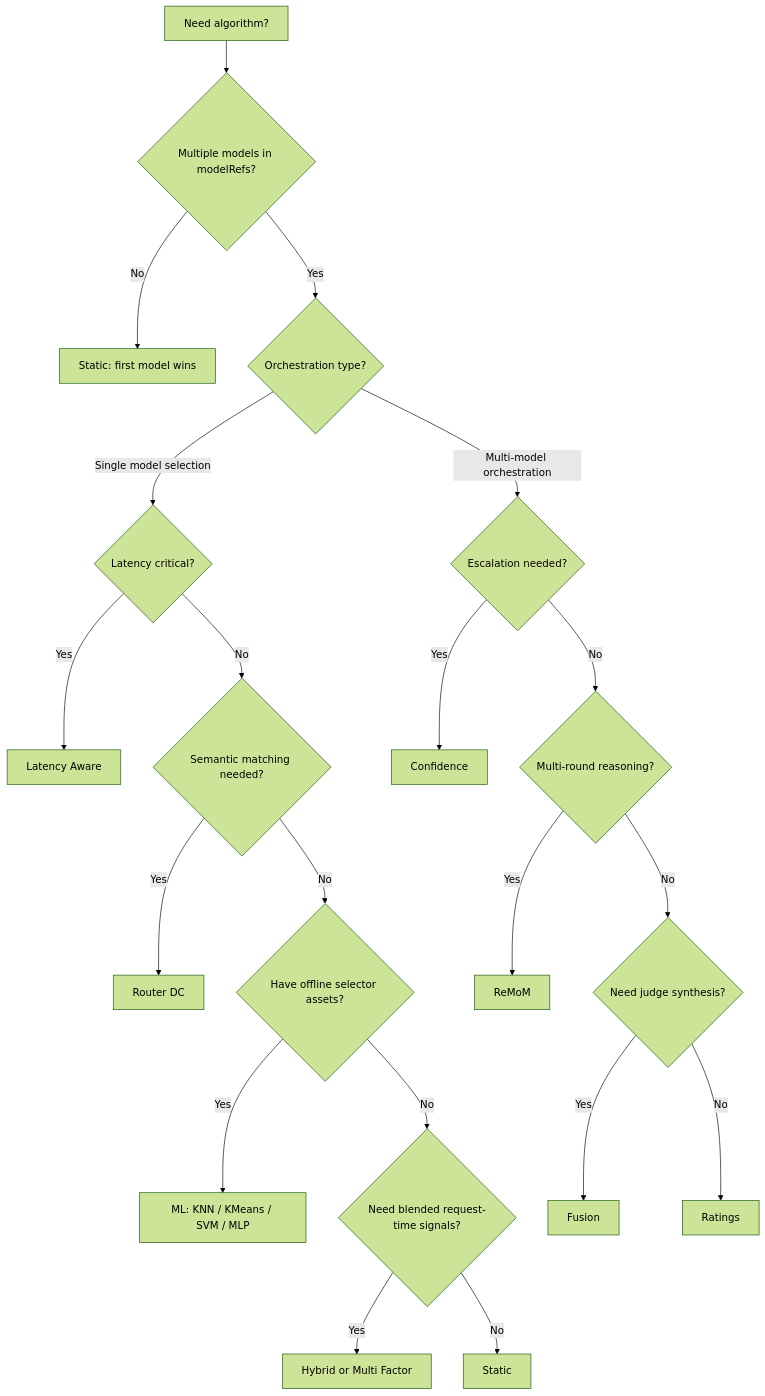
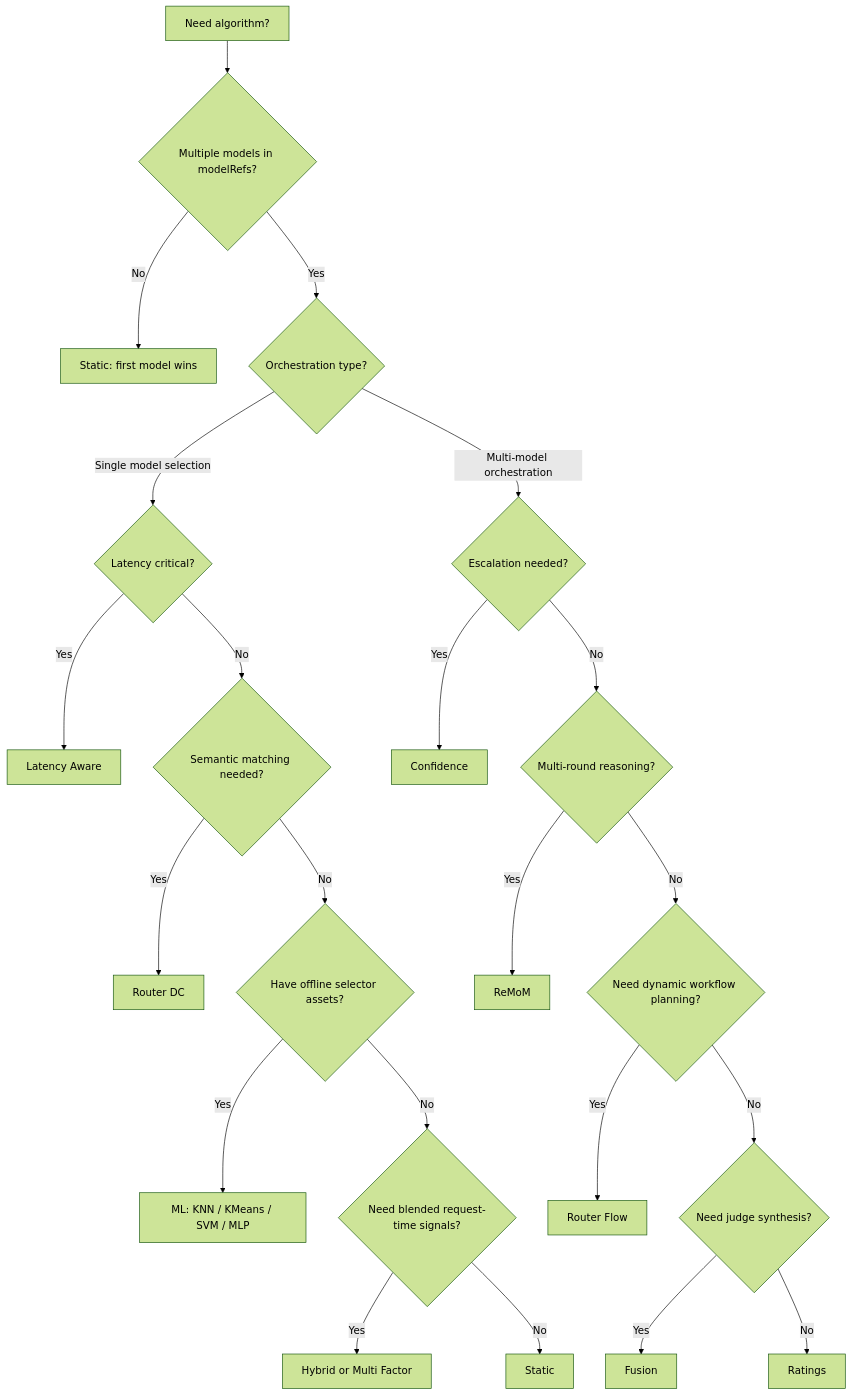
One commit to vllm-project/semantic-router changed the diagram in website/docs/tutorials/algorithm/overview.md. Above: the diagram before and after it, drawn with Mermaid (forest theme). The commit also changed other lines of this file and 154 other files, not shown here.

First line of the commit message:
Add router flow workflows and eval recipes (#2282)

````diff
--- a/website/docs/tutorials/algorithm/overview.md
+++ b/website/docs/tutorials/algorithm/overview.md
@@ -82,22 +83,24 @@
 ```mermaid
 flowchart TD
     Start[Need algorithm?] --> Q1{Multiple models in modelRefs?}
     Q1 -- No --> Static[Static: first model wins]
     Q1 -- Yes --> Q2{Orchestration type?}
     Q2 -- Single model selection --> Q3{Latency critical?}
     Q3 -- Yes --> Latency[Latency Aware]
     Q3 -- No --> Q4{Semantic matching needed?}
     Q4 -- Yes --> RDC[Router DC]
     Q4 -- No --> Q5{Have offline selector assets?}
     Q5 -- Yes --> ML[ML: KNN / KMeans / SVM / MLP]
     Q5 -- No --> Q6{Need blended request-time signals?}
     Q6 -- Yes --> Hybrid[Hybrid or Multi Factor]
     Q6 -- No --> Static2[Static]
     Q2 -- Multi-model orchestration --> Q11{Escalation needed?}
     Q11 -- Yes --> Confidence[Confidence]
     Q11 -- No --> Q12{Multi-round reasoning?}
     Q12 -- Yes --> ReMoM[ReMoM]
-    Q12 -- No --> Q13{Need judge synthesis?}
-    Q13 -- Yes --> Fusion[Fusion]
-    Q13 -- No --> Ratings[Ratings]
+    Q12 -- No --> Q13{Need dynamic workflow planning?}
+    Q13 -- Yes --> Flow[Router Flow]
+    Q13 -- No --> Q14{Need judge synthesis?}
+    Q14 -- Yes --> Fusion[Fusion]
+    Q14 -- No --> Ratings[Ratings]
 ```
````
